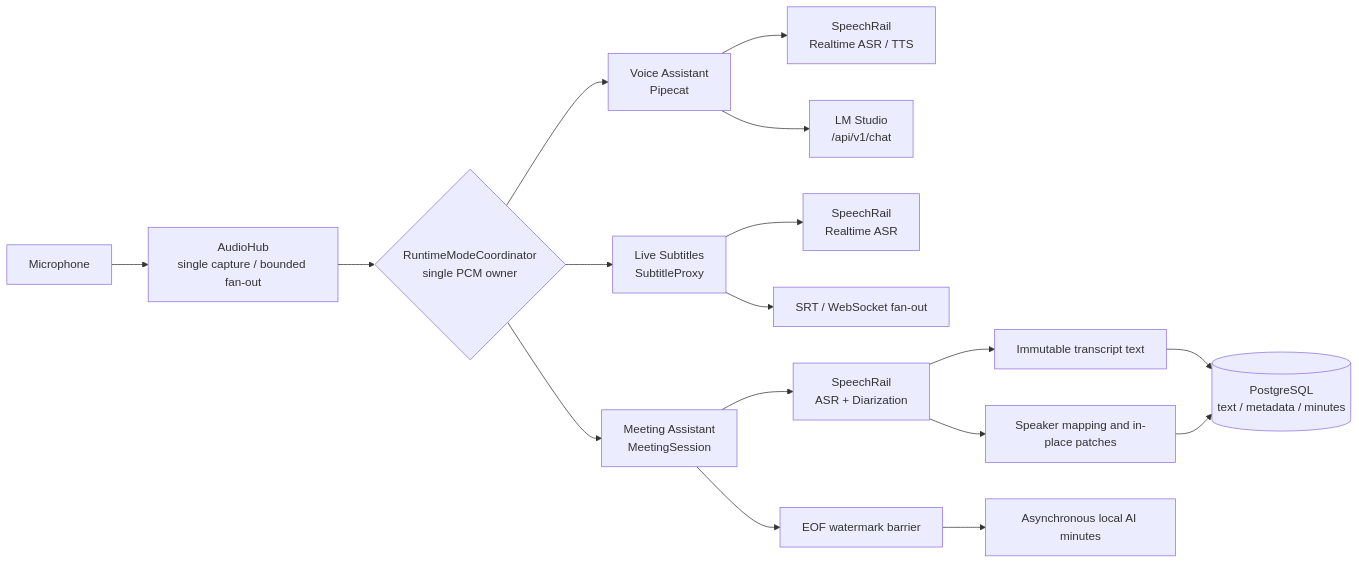
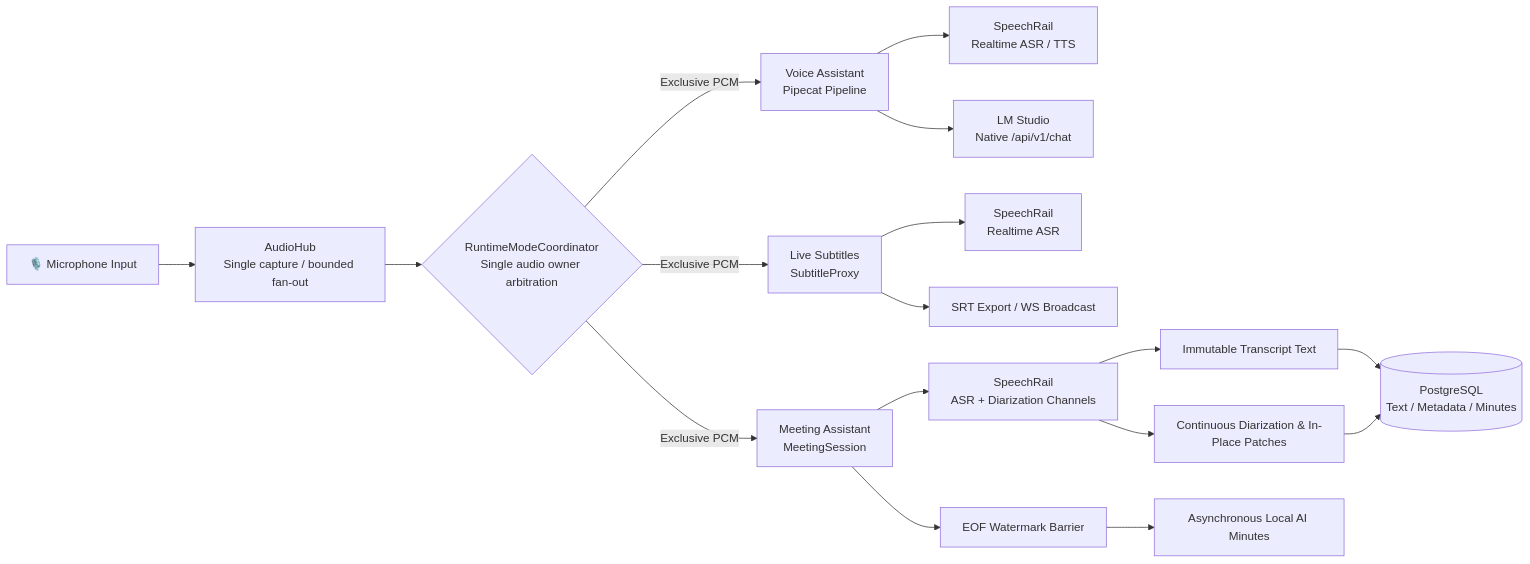
The diagram in README.en.md (hrygo/sona), drawn with Mermaid before and after one commit. The commit also changed other lines of this file and 1 other file, not shown here.

````diff
--- a/README.en.md
+++ b/README.en.md
@@ -57,23 +69,23 @@
 ```mermaid
 flowchart LR
-    MIC[Microphone] --> HUB[AudioHub<br/>single capture / bounded fan-out]
-    HUB --> MODE{RuntimeModeCoordinator<br/>single PCM owner}
+    MIC[🎙️ Microphone Input] --> HUB[AudioHub<br/>Single capture / bounded fan-out]
+    HUB --> MODE{RuntimeModeCoordinator<br/>Single audio owner arbitration}
 
-    MODE --> ASSIST[Voice Assistant<br/>Pipecat]
-    MODE --> SUB[Live Subtitles<br/>SubtitleProxy]
-    MODE --> MEET[Meeting Assistant<br/>MeetingSession]
+    MODE -->|Exclusive PCM| ASSIST[Voice Assistant<br/>Pipecat Pipeline]
+    MODE -->|Exclusive PCM| SUB[Live Subtitles<br/>SubtitleProxy]
+    MODE -->|Exclusive PCM| MEET[Meeting Assistant<br/>MeetingSession]
 
     ASSIST --> SR1[SpeechRail<br/>Realtime ASR / TTS]
-    ASSIST --> LLM1[LM Studio<br/>/api/v1/chat]
+    ASSIST --> LLM1[LM Studio<br/>Native /api/v1/chat]
 
     SUB --> SR2[SpeechRail<br/>Realtime ASR]
-    SUB --> SRT[SRT / WebSocket fan-out]
+    SUB --> SRT[SRT Export / WS Broadcast]
 
-    MEET --> SR3[SpeechRail<br/>ASR + Diarization]
-    SR3 --> TEXT[Immutable transcript text]
-    SR3 --> SPEAKER[Speaker mapping and in-place patches]
-    TEXT --> DB[(PostgreSQL<br/>text / metadata / minutes)]
+    MEET --> SR3[SpeechRail<br/>ASR + Diarization Channels]
+    SR3 --> TEXT[Immutable Transcript Text]
+    SR3 --> SPEAKER[Continuous Diarization & In-Place Patches]
+    TEXT --> DB[(PostgreSQL<br/>Text / Metadata / Minutes)]
     SPEAKER --> DB
-    MEET --> EOF[EOF watermark barrier]
-    EOF --> SUMMARY[Asynchronous local AI minutes]
+    MEET --> EOF[EOF Watermark Barrier]
+    EOF --> SUMMARY[Asynchronous Local AI Minutes]
 ```
````
